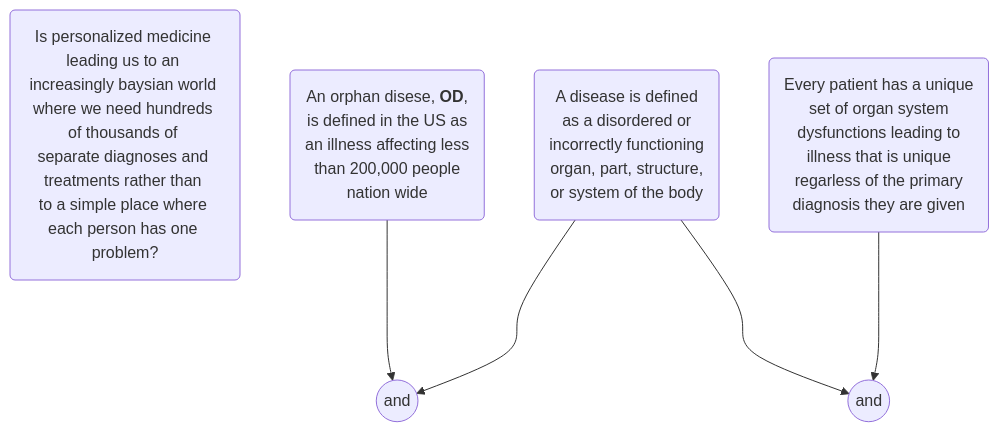
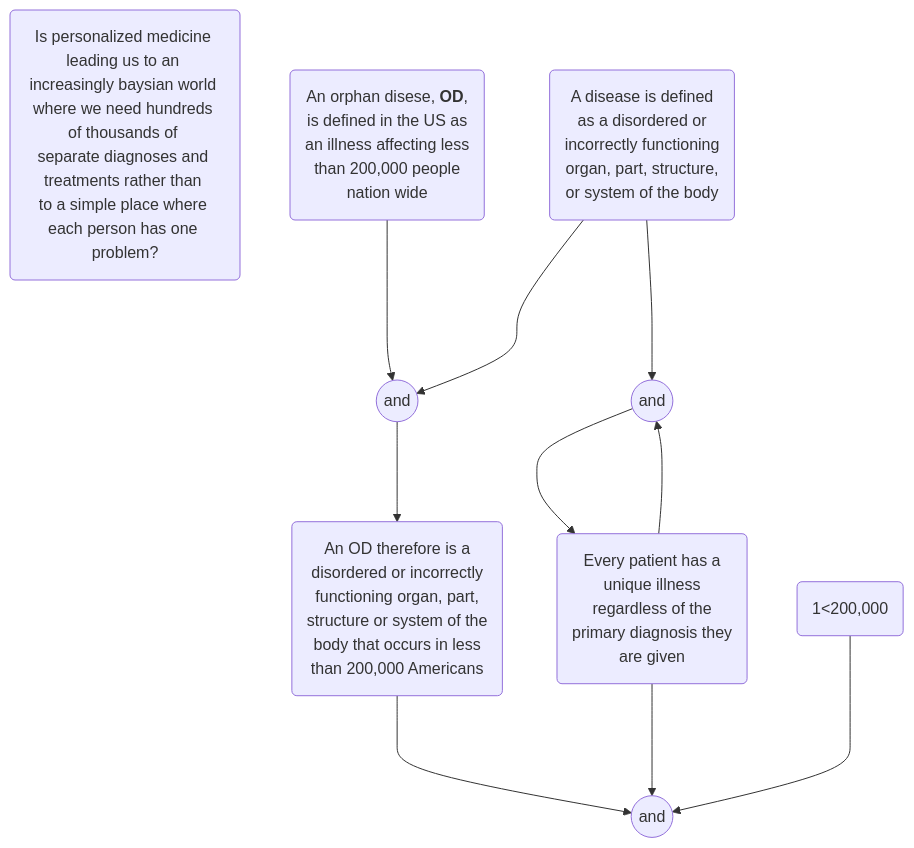
The diagram in Orphan_Diseases.md (hwetsman/TOC_Trees), drawn with Mermaid before and after one commit.

Commit message:
Code: add through and3

````diff
--- a/Orphan_Diseases.md
+++ b/Orphan_Diseases.md
@@ -3,20 +3,29 @@
 ```mermaid
 flowchart TD
 proposition(Is personalized medicine <br>leading us to an <br>increasingly baysian world <br>where we need hundreds <br>of thousands of <br>separate diagnoses and <br>treatments rather than <br>to a simple place where <br>each person has one problem?)
 
 orphan(An orphan disese, <b>OD</b>, <br>is defined in the US as <br>an illness affecting less <br>than 200,000 people <br> nation wide)
 disease(A disease is defined <br>as a disordered or <br>incorrectly functioning <br>organ, part, structure, <br>or system of the body)
 and1((and))
     orphan--->and1
     disease--->and1
 every_pt(Every patient has a unique <br>set of organ system <br>dysfunctions leading to <br>illness that is unique <br>regarless of the primary <br>diagnosis they are given)
 and2((and))
     every_pt--->and2
     disease--->and2
+OD_def(An OD therefore is a <br>disordered or incorrectly <br> functioning organ, part, <br>structure or system of the <br>body that occurs in less <br>than 200,000 Americans)
+    and1--->OD_def
+every_pt(Every patient has a <br>unique illness <br>regardless of the <br> primary diagnosis they <br>are given)
+    and2--->every_pt
+logic(1<200,000)
+and3((and))
+    OD_def--->and3
+    every_pt--->and3
+    logic--->and3
 
 
 
 
 
 
 ```
````
